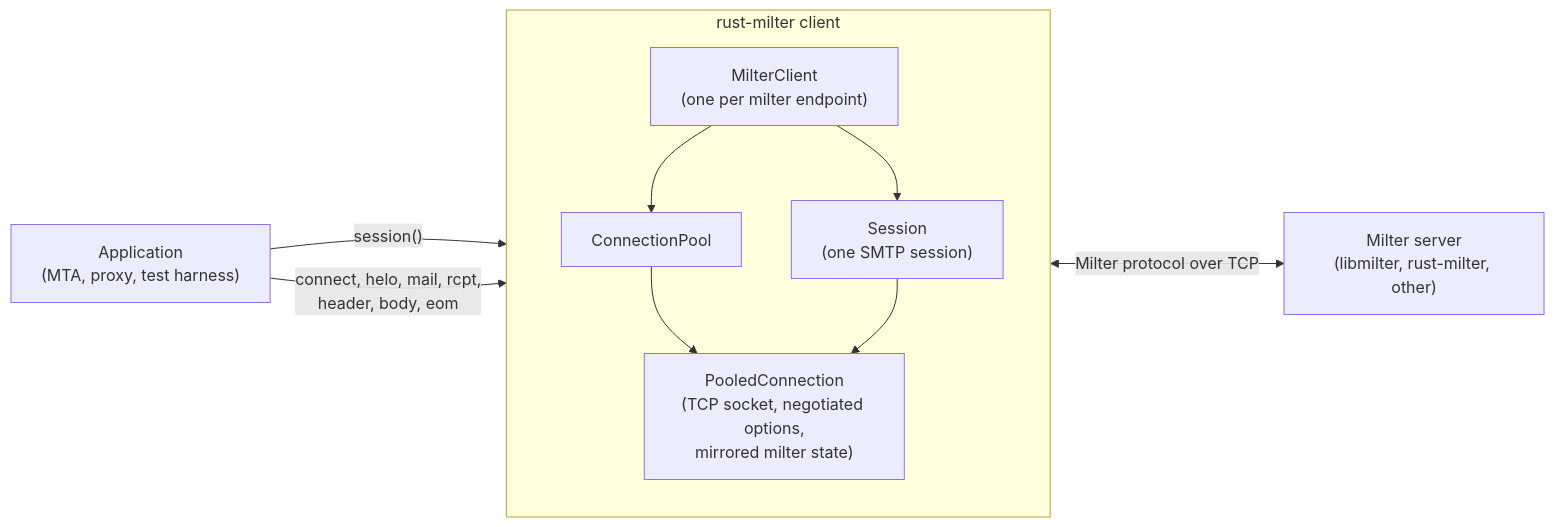
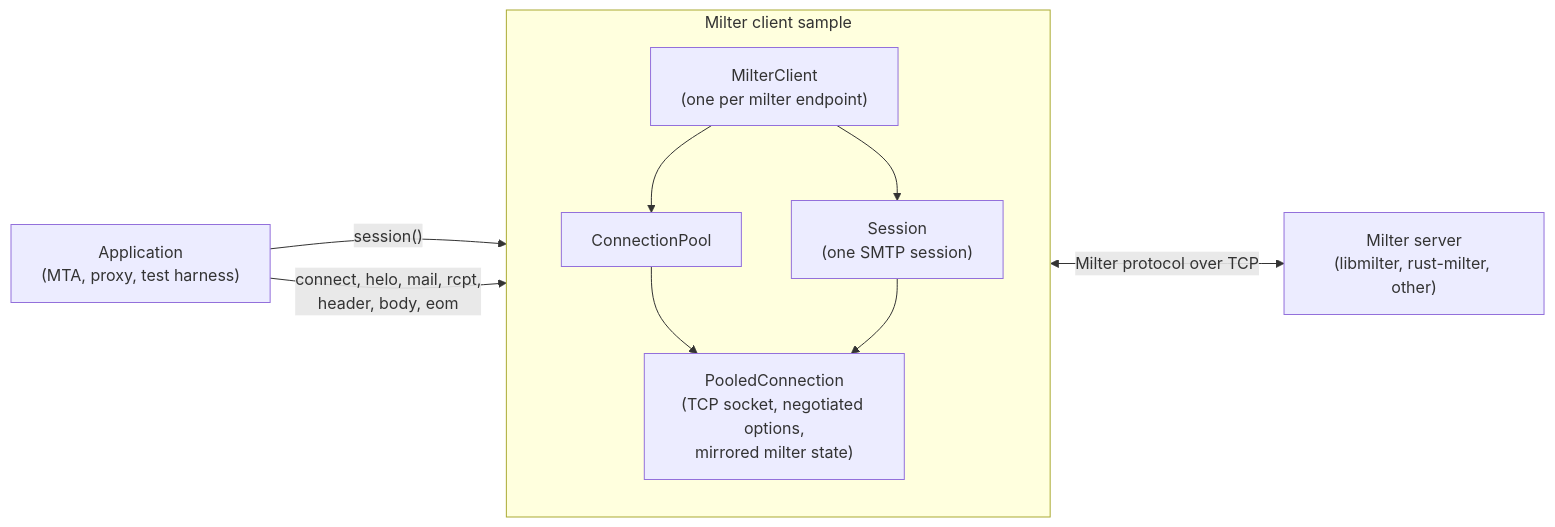
One commit to photom/rust-milter changed the first of 5 diagrams in docs/reference/milter-client.md. Above: the diagram before and after it, drawn with Mermaid. The commit also changed other lines of this file and 41 other files, not shown here.

````diff
--- a/docs/reference/milter-client.md
+++ b/docs/reference/milter-client.md
@@ -45,19 +45,19 @@
 ```mermaid
 flowchart LR
     app["Application<br/>(MTA, proxy, test harness)"]
-    subgraph client["rust-milter client"]
+    subgraph client["Milter client sample"]
         direction TB
         mc["MilterClient<br/>(one per milter endpoint)"]
         pool["ConnectionPool"]
         session["Session<br/>(one SMTP session)"]
         conn["PooledConnection<br/>(TCP socket, negotiated options,<br/>mirrored milter state)"]
         mc --> pool
         mc --> session
         pool --> conn
         session --> conn
     end
     milter["Milter server<br/>(libmilter, rust-milter, other)"]
     app -->|"session()"| mc
     app -->|"connect, helo, mail, rcpt,<br/>header, body, eom"| session
     conn <-->|"Milter protocol over TCP"| milter
 ```
````
